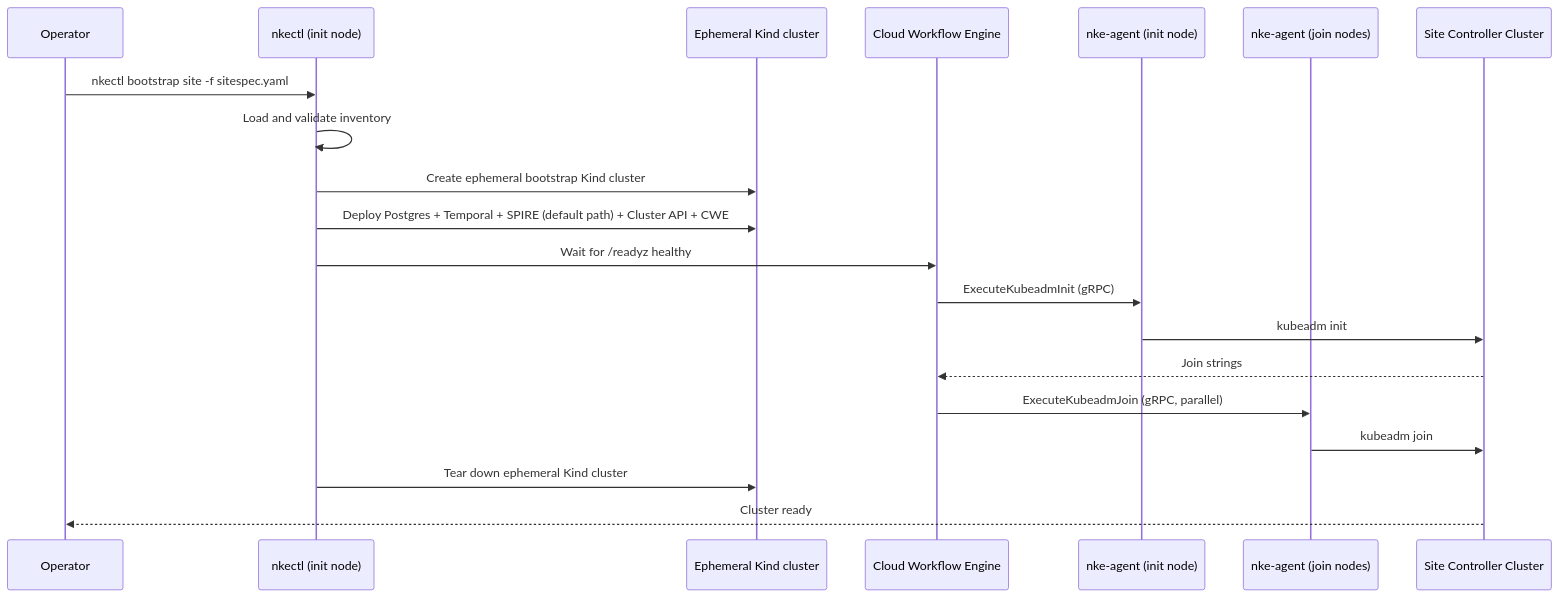
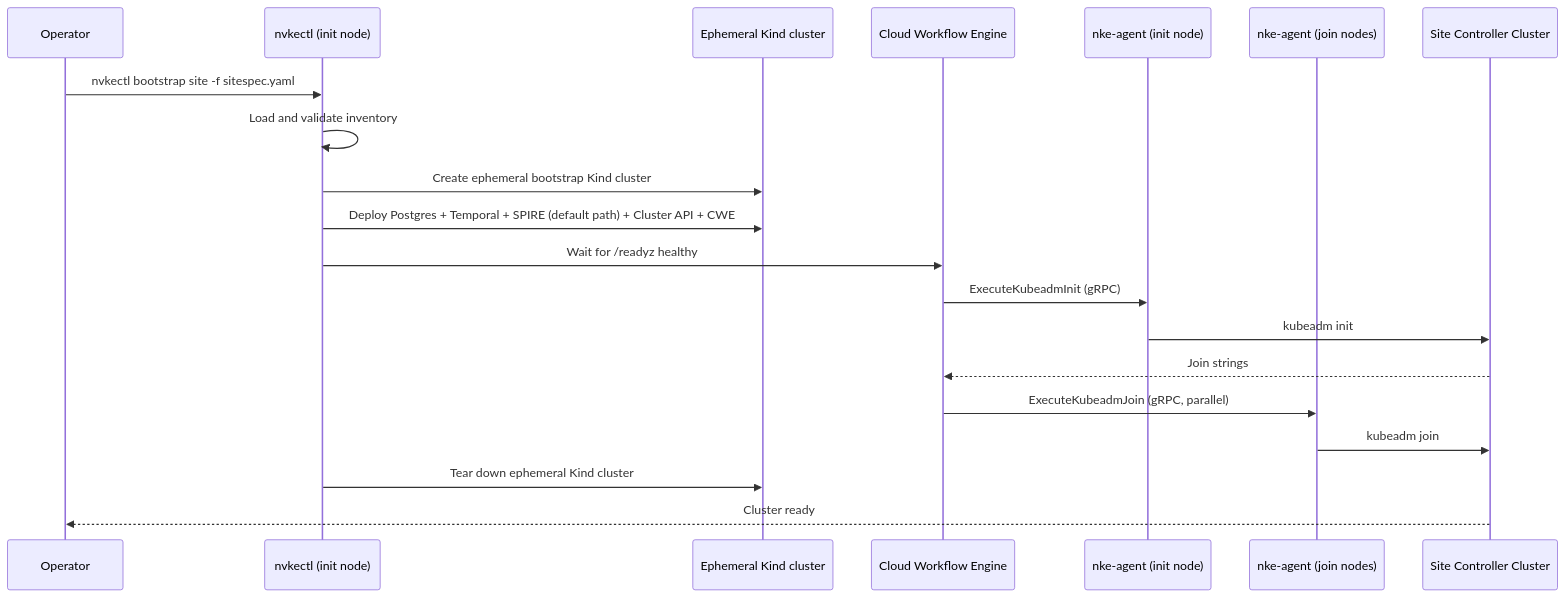
Before and after one commit to FrankSpitulski/nvke: the diagram in docs/site-bootstrap/overview.md, drawn with Mermaid. The commit also changed other lines of this file and 95 other files, not shown here.

````diff
--- a/docs/site-bootstrap/overview.md
+++ b/docs/site-bootstrap/overview.md
@@ -21,23 +21,23 @@
 ```mermaid
 sequenceDiagram
     participant Op as Operator
-    participant Ctl as nkectl (init node)
+    participant Ctl as nvkectl (init node)
     participant Kind as Ephemeral Kind cluster
     participant CWE as Cloud Workflow Engine
     participant Init as nke-agent (init node)
     participant Join as nke-agent (join nodes)
     participant K8s as Site Controller Cluster
 
-    Op->>Ctl: nkectl bootstrap site -f sitespec.yaml
+    Op->>Ctl: nvkectl bootstrap site -f sitespec.yaml
     Ctl->>Ctl: Load and validate inventory
     Ctl->>Kind: Create ephemeral bootstrap Kind cluster
     Ctl->>Kind: Deploy Postgres + Temporal + SPIRE (default path) + Cluster API + CWE
     Ctl->>CWE: Wait for /readyz healthy
     CWE->>Init: ExecuteKubeadmInit (gRPC)
     Init->>K8s: kubeadm init
     K8s-->>CWE: Join strings
     CWE->>Join: ExecuteKubeadmJoin (gRPC, parallel)
     Join->>K8s: kubeadm join
     Ctl->>Kind: Tear down ephemeral Kind cluster
     K8s-->>Op: Cluster ready
 ```
````
